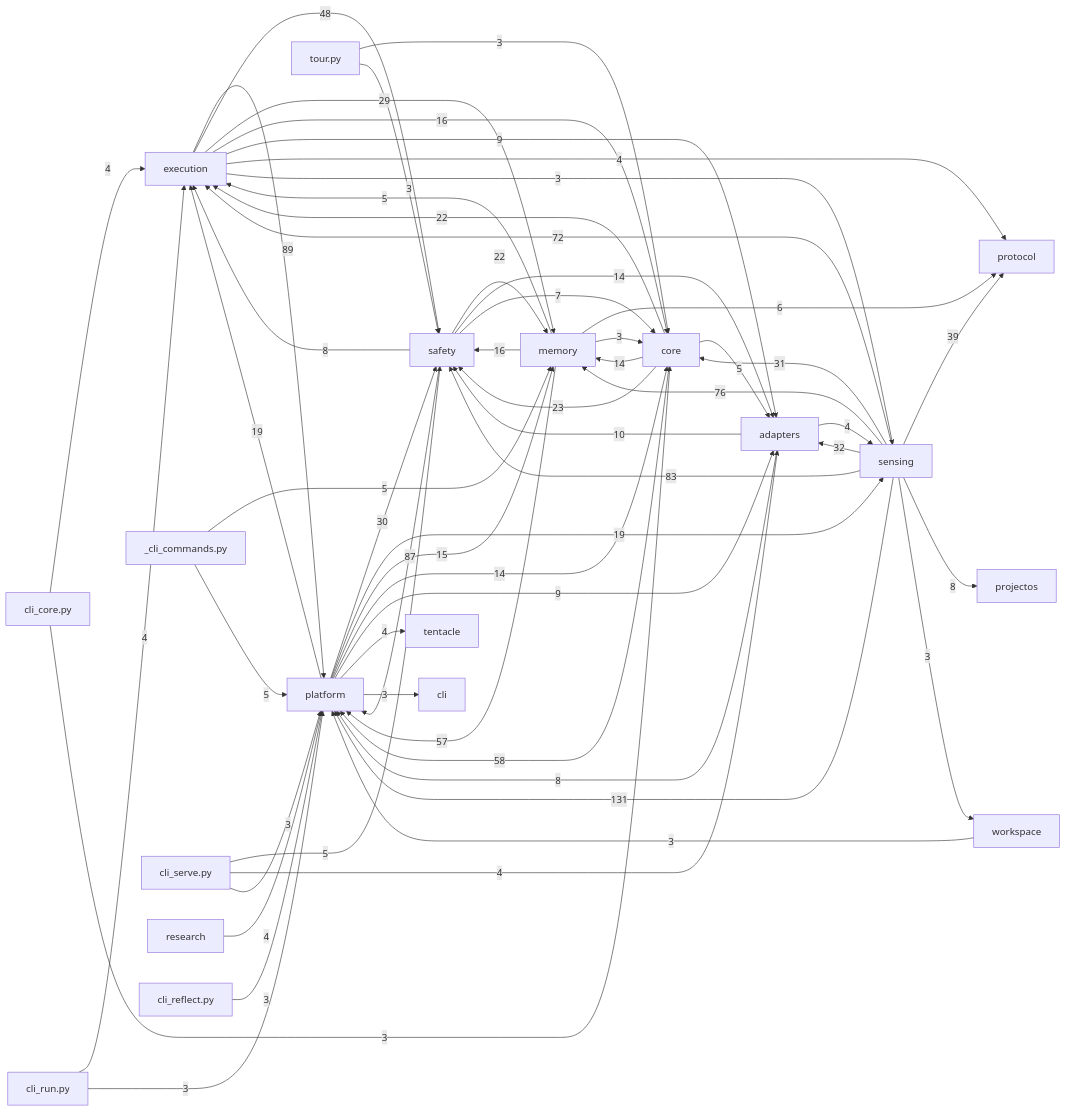
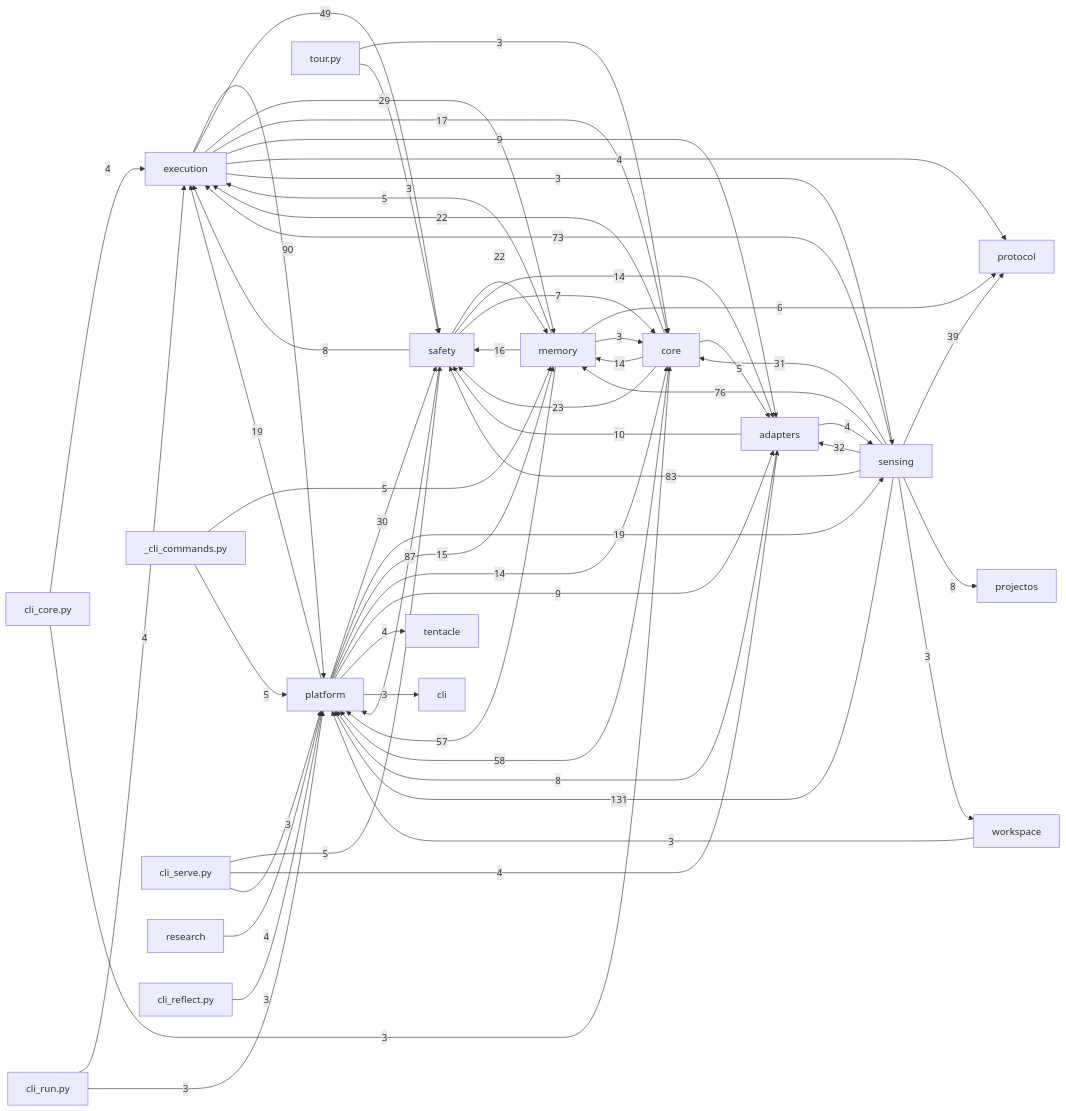
The diagram in docs/auto/20-backend/index.md (dengdenghua/octopus-agent), drawn with Mermaid before and after one commit. The commit also changed 16 other files, not shown here.

````diff
--- a/docs/auto/20-backend/index.md
+++ b/docs/auto/20-backend/index.md
@@ -26,66 +26,66 @@
 ```mermaid
 graph LR
   execution[execution]
   core[core]
   safety[safety]
   memory[memory]
   sensing[sensing]
   adapters[adapters]
   platform[platform]
   sensing -- 131 --> platform
-  execution -- 89 --> platform
+  execution -- 90 --> platform
   safety -- 87 --> platform
   sensing -- 83 --> safety
   sensing -- 76 --> memory
-  sensing -- 72 --> execution
+  sensing -- 73 --> execution
   core -- 58 --> platform
   memory -- 57 --> platform
-  execution -- 48 --> safety
+  execution -- 49 --> safety
   sensing -- 39 --> protocol
   sensing -- 32 --> adapters
   sensing -- 31 --> core
   platform -- 30 --> safety
   execution -- 29 --> memory
   core -- 23 --> safety
   core -- 22 --> execution
   safety -- 22 --> memory
   platform -- 19 --> execution
   platform -- 19 --> sensing
-  execution -- 16 --> core
+  execution -- 17 --> core
   memory -- 16 --> safety
   platform -- 15 --> memory
   core -- 14 --> memory
   platform -- 14 --> core
   safety -- 14 --> adapters
   adapters -- 10 --> safety
   execution -- 9 --> adapters
   platform -- 9 --> adapters
   adapters -- 8 --> platform
   safety -- 8 --> execution
   sensing -- 8 --> projectos
   safety -- 7 --> core
   memory -- 6 --> protocol
   _cli_commands.py -- 5 --> memory
   _cli_commands.py -- 5 --> platform
   cli_serve.py -- 5 --> safety
   core -- 5 --> adapters
   memory -- 5 --> execution
   adapters -- 4 --> sensing
   cli_core.py -- 4 --> execution
   cli_run.py -- 4 --> execution
   cli_serve.py -- 4 --> adapters
   execution -- 4 --> protocol
   platform -- 4 --> tentacle
   research -- 4 --> platform
   cli_core.py -- 3 --> core
   cli_reflect.py -- 3 --> platform
   cli_run.py -- 3 --> platform
   cli_serve.py -- 3 --> platform
   execution -- 3 --> sensing
   memory -- 3 --> core
   platform -- 3 --> cli
   sensing -- 3 --> workspace
   tour.py -- 3 --> core
   tour.py -- 3 --> safety
   workspace -- 3 --> platform
 ```
````
